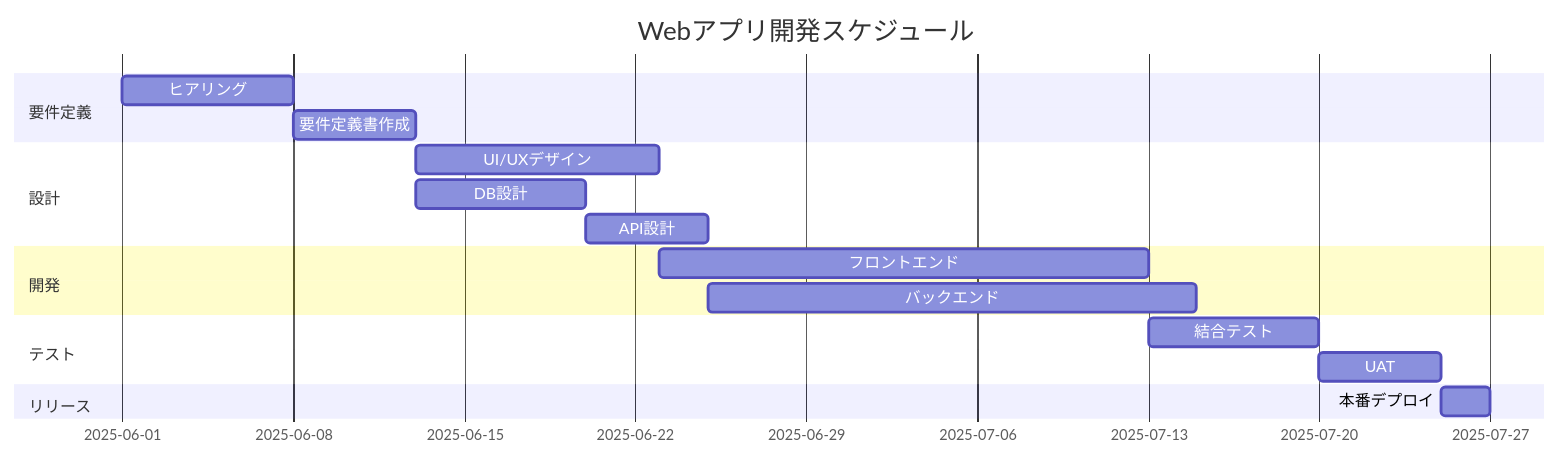
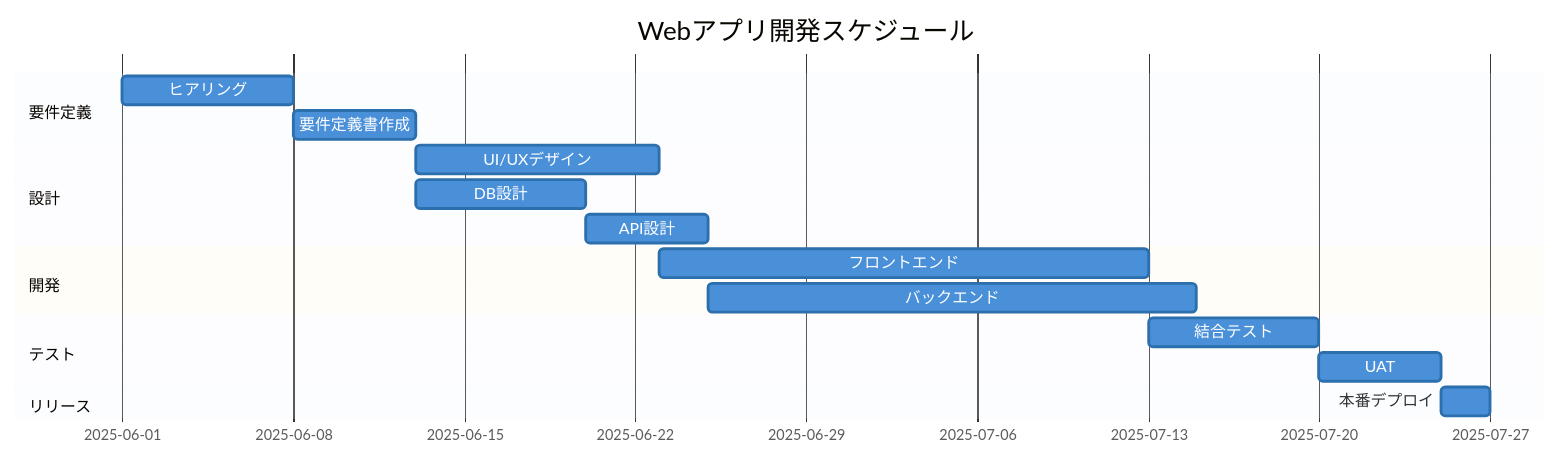
One commit to y-nakata/claude-playground changed the fifth of 5 diagrams in mermaid_samples/README.md. Above: the diagram before and after it, drawn with Mermaid. The commit also changed other lines of this file, not shown here.

Commit message:
docs: Mermaid図にカラーを追加

````diff
--- a/mermaid_samples/README.md
+++ b/mermaid_samples/README.md
@@ -121,20 +145,21 @@
 ```mermaid
+%%{init: {'theme': 'base', 'themeVariables': {'sectionBkgColor': '#EEF4FB', 'altSectionBkgColor': '#F5F0FF', 'gridColor': '#ccc', 'taskBkgColor': '#4A90D9', 'taskBorderColor': '#2c6fad', 'taskTextColor': '#fff', 'activeTaskBkgColor': '#7ED321', 'activeTaskBorderColor': '#5a9a18', 'doneTaskBkgColor': '#aaa', 'critBkgColor': '#F5A623', 'critBorderColor': '#c47d0e'}}}%%
 gantt
     title Webアプリ開発スケジュール
     dateFormat YYYY-MM-DD
     section 要件定義
         ヒアリング          :a1, 2025-06-01, 7d
         要件定義書作成      :a2, after a1, 5d
     section 設計
         UI/UXデザイン       :b1, after a2, 10d
         DB設計              :b2, after a2, 7d
         API設計             :b3, after b2, 5d
     section 開発
         フロントエンド       :c1, after b1, 20d
         バックエンド        :c2, after b3, 20d
     section テスト
         結合テスト          :d1, after c1, 7d
         UAT                 :d2, after d1, 5d
     section リリース
         本番デプロイ        :e1, after d2, 2d
 ```
````
